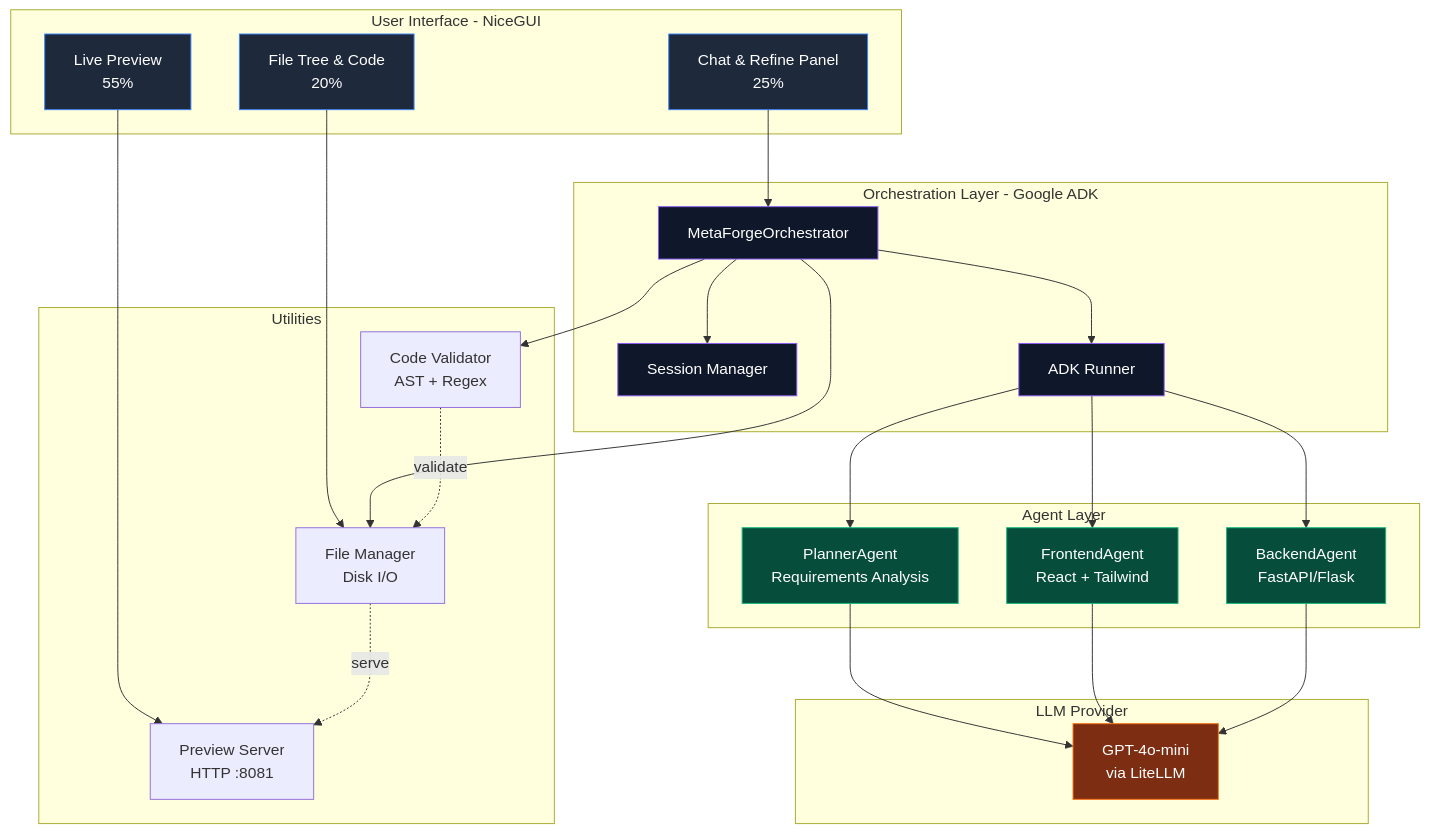
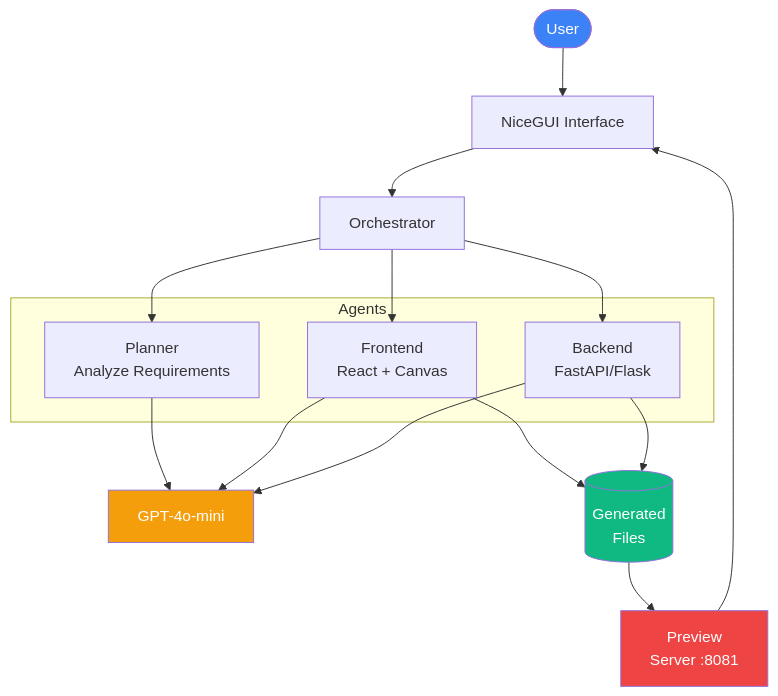
One commit to pratihegde/meta-forge changed the first of 3 diagrams in README.md. Above: the diagram before and after it, drawn with Mermaid. The commit also changed other lines of this file, not shown here.

````diff
--- a/README.md
+++ b/README.md
@@ -28,57 +25,34 @@
 ```mermaid
 graph TB
-    subgraph "User Interface - NiceGUI"
-        A[Chat & Refine Panel<br/>25%] 
-        B[Live Preview<br/>55%]
-        C[File Tree & Code<br/>20%]
+    User([User])
+    UI[NiceGUI Interface]
+    Orch[Orchestrator]
+    
+    subgraph "Agents"
+        Plan[Planner<br/>Analyze Requirements]
+        FE[Frontend<br/>React + Canvas]
+        BE[Backend<br/>FastAPI/Flask]
     end
     
-    subgraph "Orchestration Layer - Google ADK"
-        D[MetaForgeOrchestrator]
-        E[Session Manager]
-        F[ADK Runner]
-    end
+    LLM[GPT-4o-mini]
+    Files[(Generated<br/>Files)]
+    Preview[Preview<br/>Server :8081]
     
-    subgraph "Agent Layer"
-        G[PlannerAgent<br/>Requirements Analysis]
-        H[FrontendAgent<br/>React + Tailwind]
-        I[BackendAgent<br/>FastAPI/Flask]
-    end
+    User --> UI
+    UI --> Orch
+    Orch --> Plan
+    Orch --> FE
+    Orch --> BE
+    Plan --> LLM
+    FE --> LLM
+    BE --> LLM
+    FE --> Files
+    BE --> Files
+    Files --> Preview
+    Preview --> UI
     
-    subgraph "LLM Provider"
-        J[GPT-4o-mini<br/>via LiteLLM]
-    end
-    
-    subgraph "Utilities"
-        K[Code Validator<br/>AST + Regex]
-        L[File Manager<br/>Disk I/O]
-        M[Preview Server<br/>HTTP :8081]
-    end
-    
-    A --> D
-    B --> M
-    C --> L
-    D --> E
-    D --> F
-    F --> G
-    F --> H
-    F --> I
-    G --> J
-    H --> J
-    I --> J
-    D --> K
-    D --> L
-    K -.validate.-> L
-    L -.serve.-> M
-    
-    style A fill:#1e293b,stroke:#3b82f6,color:#fff
-    style B fill:#1e293b,stroke:#3b82f6,color:#fff
-    style C fill:#1e293b,stroke:#3b82f6,color:#fff
-    style D fill:#0f172a,stroke:#8b5cf6,color:#fff
-    style E fill:#0f172a,stroke:#8b5cf6,color:#fff
-    style F fill:#0f172a,stroke:#8b5cf6,color:#fff
-    style G fill:#064e3b,stroke:#10b981,color:#fff
-    style H fill:#064e3b,stroke:#10b981,color:#fff
-    style I fill:#064e3b,stroke:#10b981,color:#fff
-    style J fill:#7c2d12,stroke:#f97316,color:#fff
+    style User fill:#3b82f6,color:#fff
+    style LLM fill:#f59e0b,color:#fff
+    style Files fill:#10b981,color:#fff
+    style Preview fill:#ef4444,color:#fff
 ```
````
